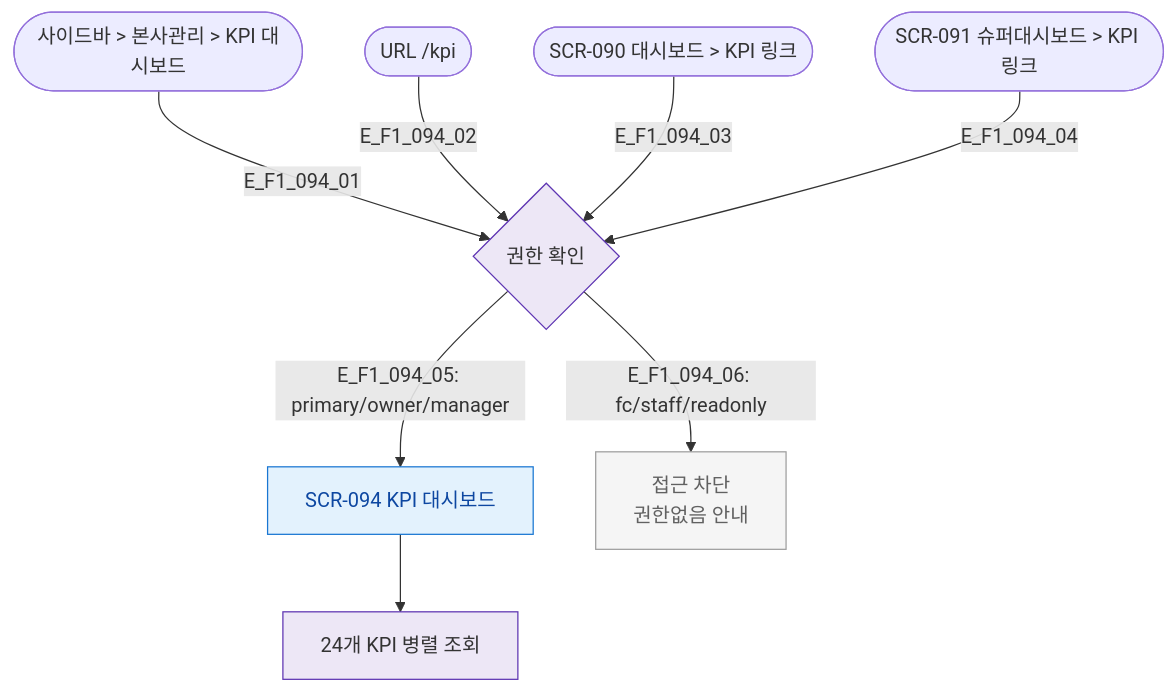
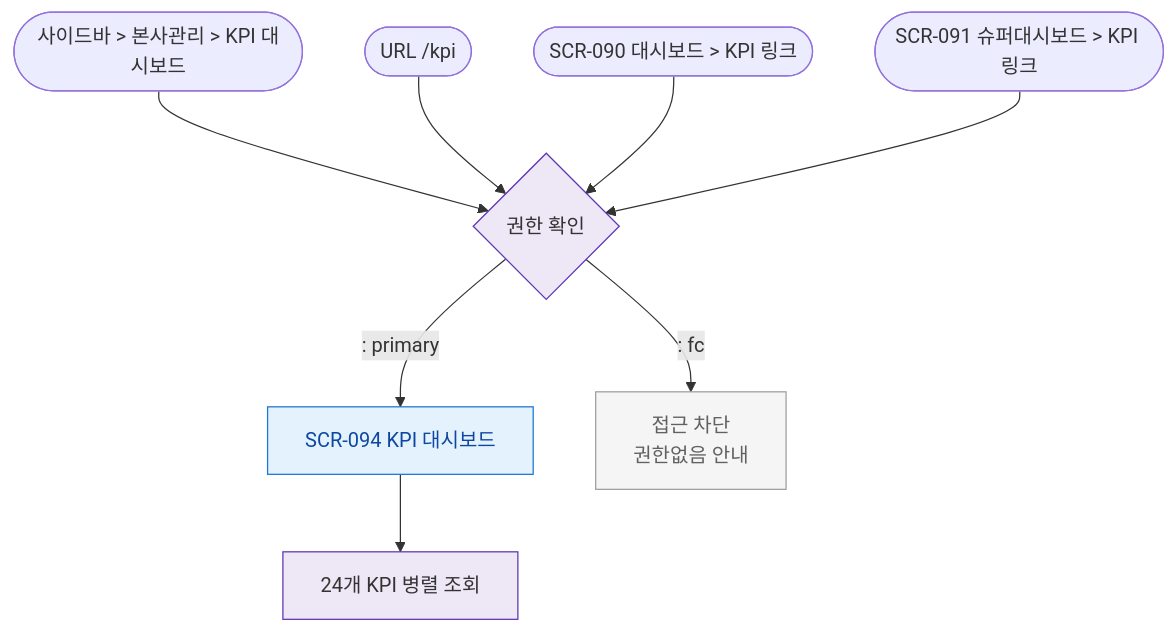
One commit to dev-spogym/admin-pando changed the diagram in docs/다이어그램/D10_본사관리/SCR-094_KPI대시보드/F1_진입.md. Above: the diagram before and after it, drawn with Mermaid. The commit also changed other lines of this file and 1660 other files, not shown here.

First line of the commit message:
다이어그램: 기획자/클라이언트 납품본으로 정리

````diff
--- a/docs/다이어그램/D10_본사관리/SCR-094_KPI대시보드/F1_진입.md
+++ b/docs/다이어그램/D10_본사관리/SCR-094_KPI대시보드/F1_진입.md
@@ -14,20 +12,20 @@
 ```mermaid
 flowchart TD
-  E1([사이드바 > 본사관리 > KPI 대시보드]) -->|E_F1_094_01| AuthCheck{권한 확인}
-  E2([URL /kpi]) -->|E_F1_094_02| AuthCheck
-  E3([SCR-090 대시보드 > KPI 링크]) -->|E_F1_094_03| AuthCheck
-  E4([SCR-091 슈퍼대시보드 > KPI 링크]) -->|E_F1_094_04| AuthCheck
+  E1([사이드바 > 본사관리 > KPI 대시보드]) --> AuthCheck{권한 확인}
+  E2([URL /kpi]) --> AuthCheck
+  E3([SCR-090 대시보드 > KPI 링크]) --> AuthCheck
+  E4([SCR-091 슈퍼대시보드 > KPI 링크]) --> AuthCheck
 
-  AuthCheck -->|"E_F1_094_05: primary/owner/manager"| SCR_094[SCR-094 KPI 대시보드]
-  AuthCheck -->|"E_F1_094_06: fc/staff/readonly"| Blocked[접근 차단\n권한없음 안내]
+  AuthCheck -->|": primary"|SCR_094[SCR-094 KPI 대시보드]
+  AuthCheck -->|": fc"|Blocked[접근 차단\n권한없음 안내]
 
   SCR_094 --> Load[24개 KPI 병렬 조회]
 
   classDef screen fill:#E3F2FD,stroke:#1976D2,color:#0D47A1
   classDef system fill:#EDE7F6,stroke:#5E35B2
   classDef rbacBlocked fill:#F5F5F5,stroke:#9E9E9E,color:#616161
 
   class SCR_094 screen
   class AuthCheck,Load system
   class Blocked rbacBlocked
 ```
````
